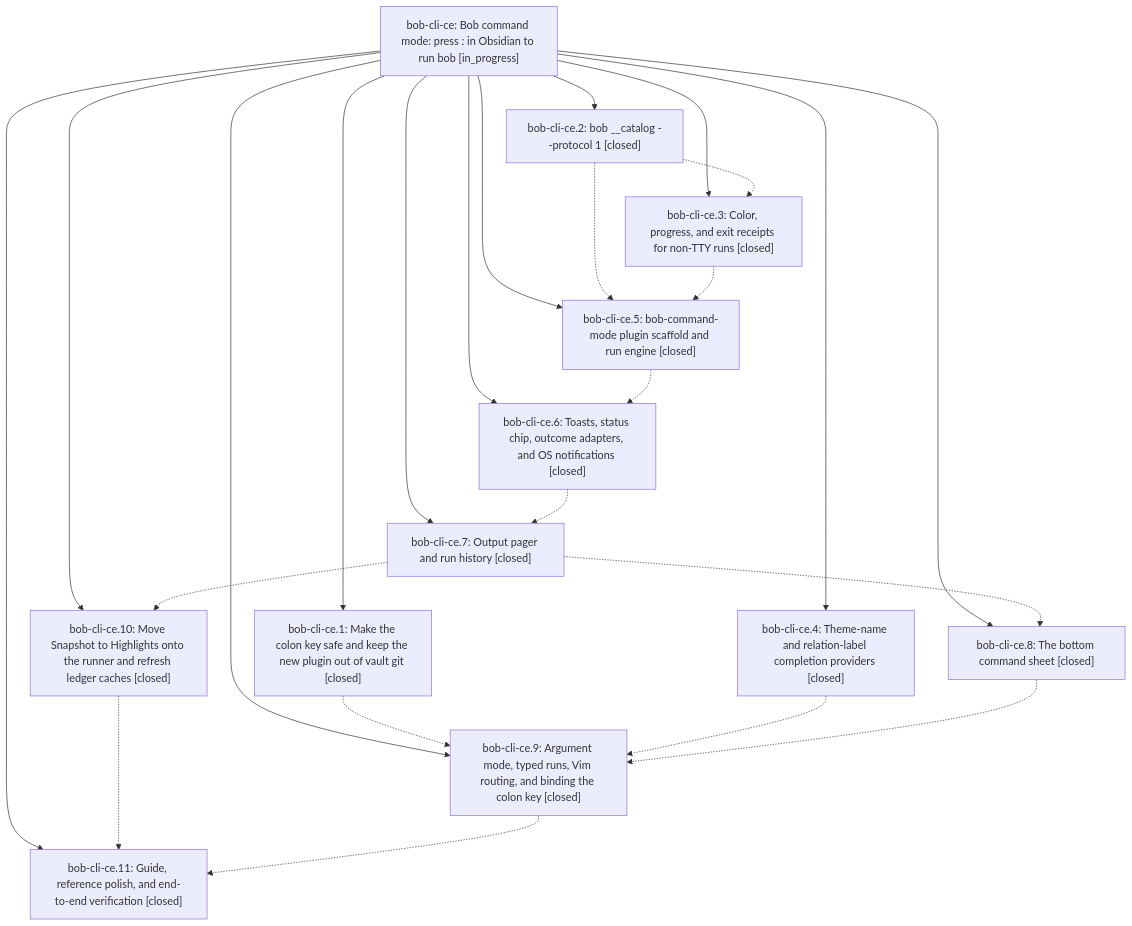
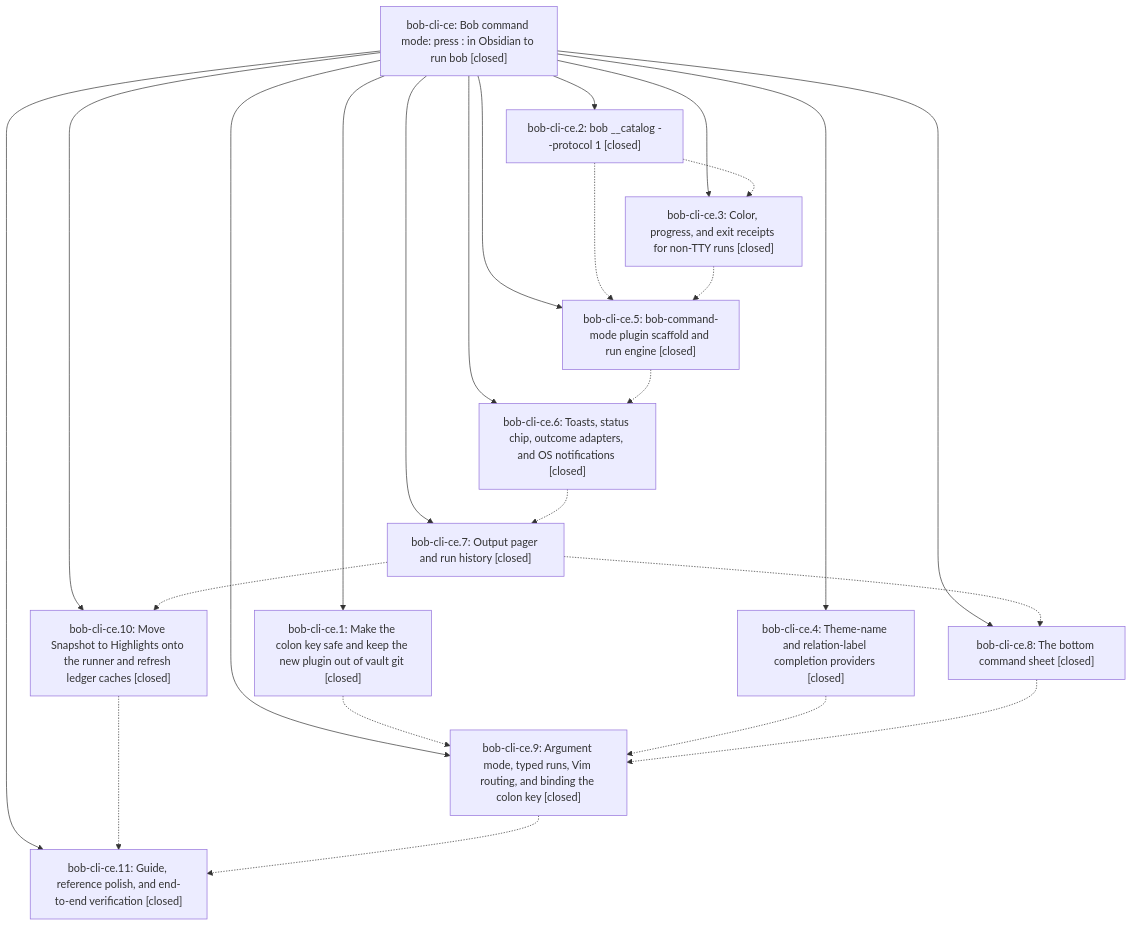
Before and after one commit to bobs-org/bob-cli--beads: the diagram in pages/bob-cli-ce/README.md, drawn with Mermaid. The commit also changed other lines of this file and 1 other file, not shown here.

First line of the commit message:
chore(beads): sync bead state and pages for bob-cli-ce

````diff
--- a/pages/bob-cli-ce/README.md
+++ b/pages/bob-cli-ce/README.md
@@ -50,38 +54,38 @@
 ```mermaid
 flowchart TD
-    n0["bob-cli-ce: Bob command mode: press : in Obsidian to run bob [in_progress]"]
+    n0["bob-cli-ce: Bob command mode: press : in Obsidian to run bob [closed]"]
     n1["bob-cli-ce.1: Make the colon key safe and keep the new plugin out of vault git [closed]"]
     n2["bob-cli-ce.10: Move Snapshot to Highlights onto the runner and refresh ledger caches [closed]"]
     n3["bob-cli-ce.11: Guide, reference polish, and end-to-end verification [closed]"]
     n4["bob-cli-ce.2: bob __catalog --protocol 1 [closed]"]
     n5["bob-cli-ce.3: Color, progress, and exit receipts for non-TTY runs [closed]"]
     n6["bob-cli-ce.4: Theme-name and relation-label completion providers [closed]"]
     n7["bob-cli-ce.5: bob-command-mode plugin scaffold and run engine [closed]"]
     n8["bob-cli-ce.6: Toasts, status chip, outcome adapters, and OS notifications [closed]"]
     n9["bob-cli-ce.7: Output pager and run history [closed]"]
     n10["bob-cli-ce.8: The bottom command sheet [closed]"]
     n11["bob-cli-ce.9: Argument mode, typed runs, Vim routing, and binding the colon key [closed]"]
     n0 --> n1
     n0 --> n2
     n0 --> n3
     n0 --> n4
     n0 --> n5
     n0 --> n6
     n0 --> n7
     n0 --> n8
     n0 --> n9
     n0 --> n10
     n0 --> n11
     n1 -.-> n11
     n2 -.-> n3
     n4 -.-> n5
     n4 -.-> n7
     n5 -.-> n7
     n6 -.-> n11
     n7 -.-> n8
     n8 -.-> n9
     n9 -.-> n2
     n9 -.-> n10
     n10 -.-> n11
     n11 -.-> n3
 ```
````
